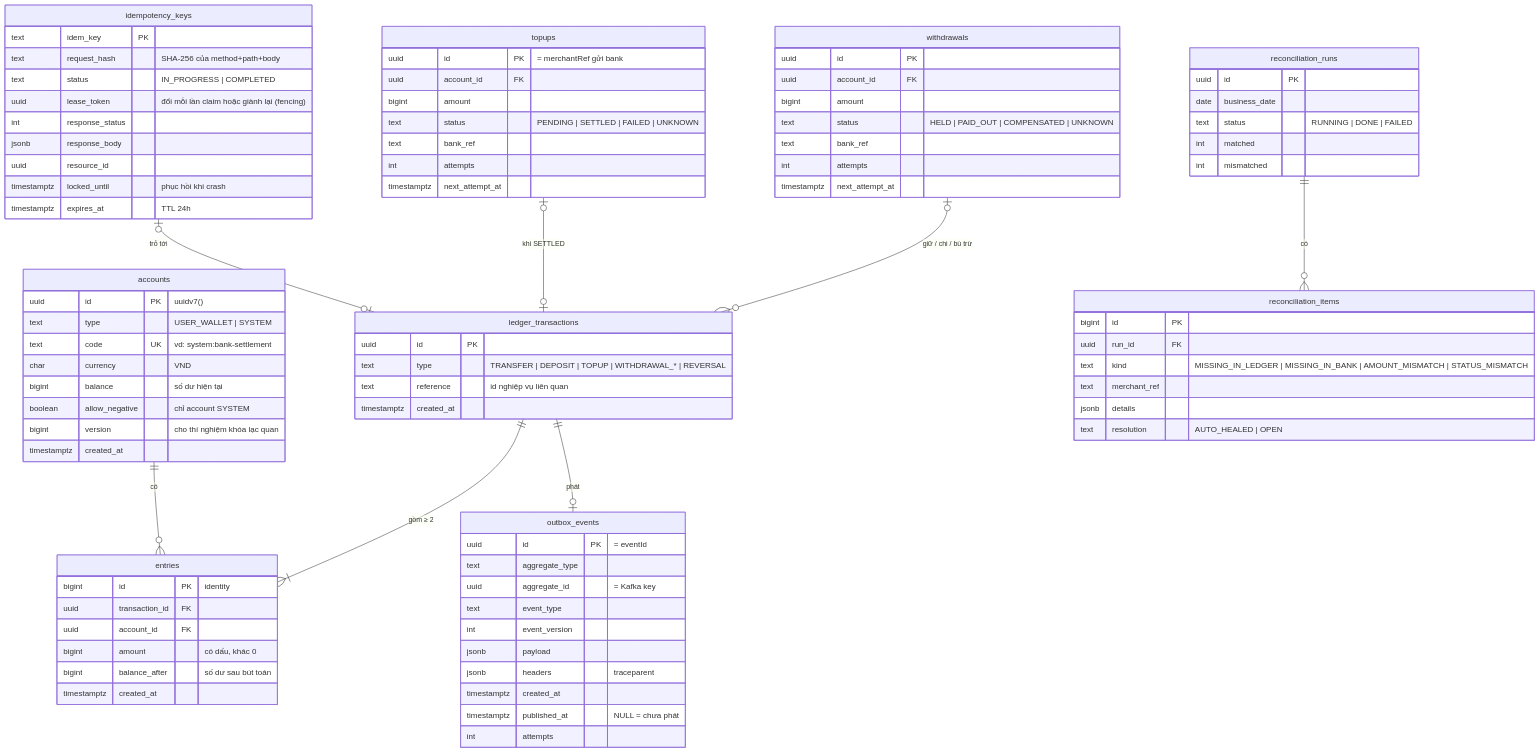
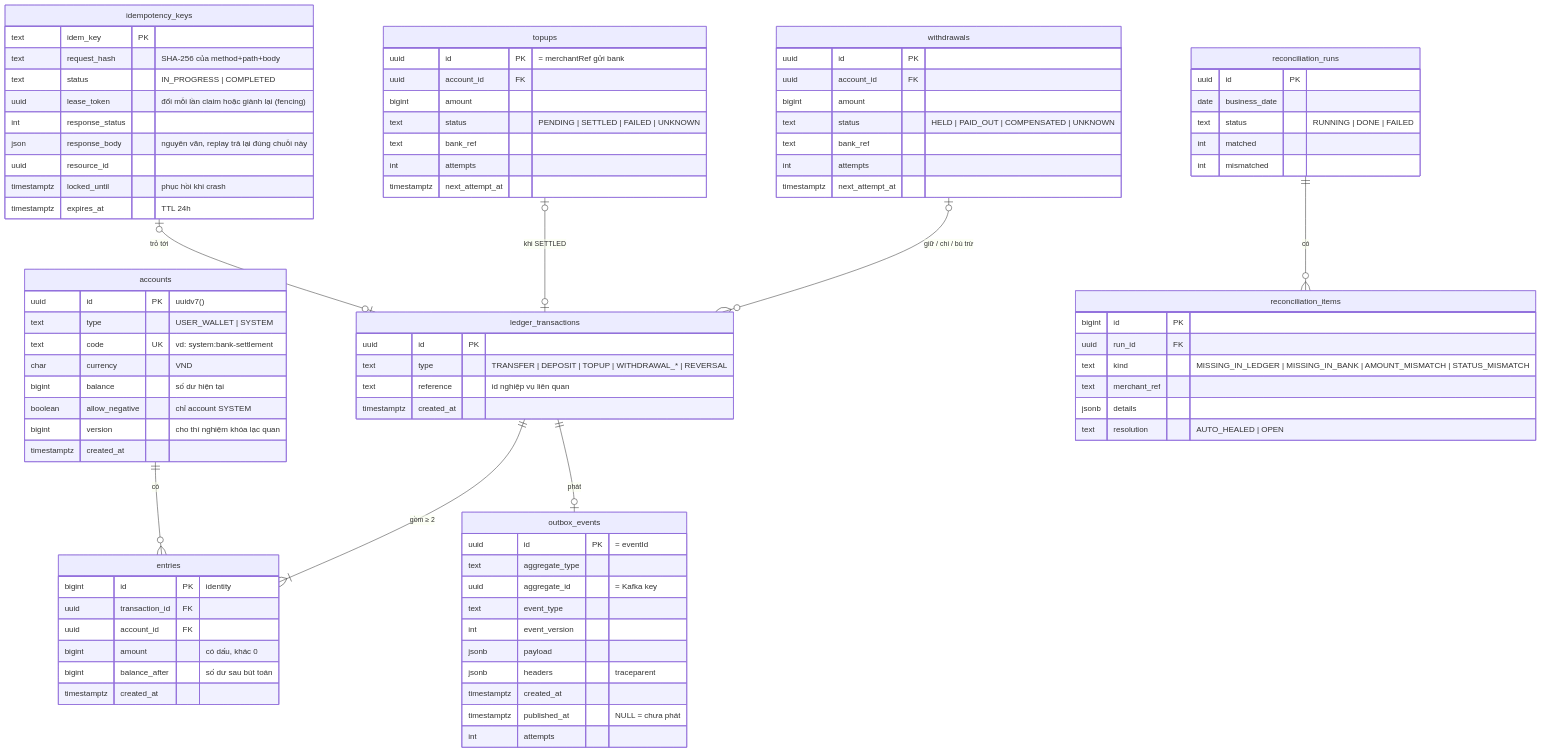
One commit to HoangThanhMan/ledgerly changed the fourth of 10 diagrams in docs/01-kien-truc.md. Above: the diagram before and after it, drawn with Mermaid. The commit also changed other lines of this file and 10 other files, not shown here.

```diff
--- a/docs/01-kien-truc.md
+++ b/docs/01-kien-truc.md
@@ -208,7 +208,7 @@
         text status "IN_PROGRESS | COMPLETED"
         uuid lease_token "đổi mỗi lần claim hoặc giành lại (fencing)"
         int response_status
-        jsonb response_body
+        json response_body "nguyên văn, replay trả lại đúng chuỗi này"
         uuid resource_id
         timestamptz locked_until "phục hồi khi crash"
         timestamptz expires_at "TTL 24h"
```
